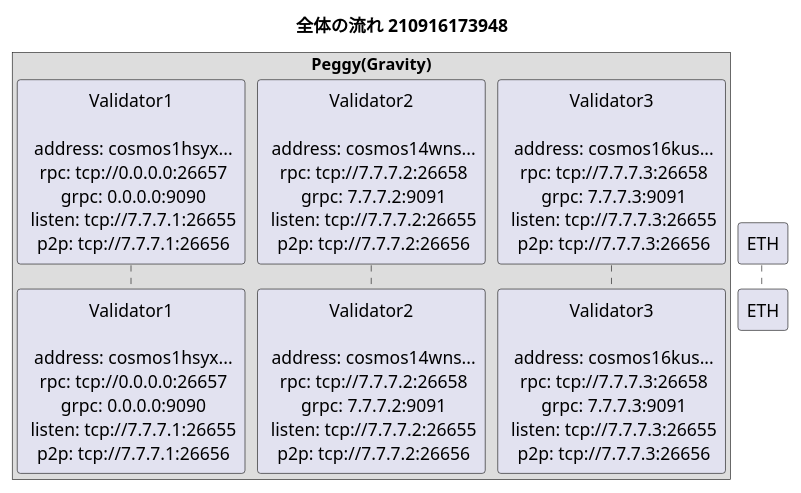
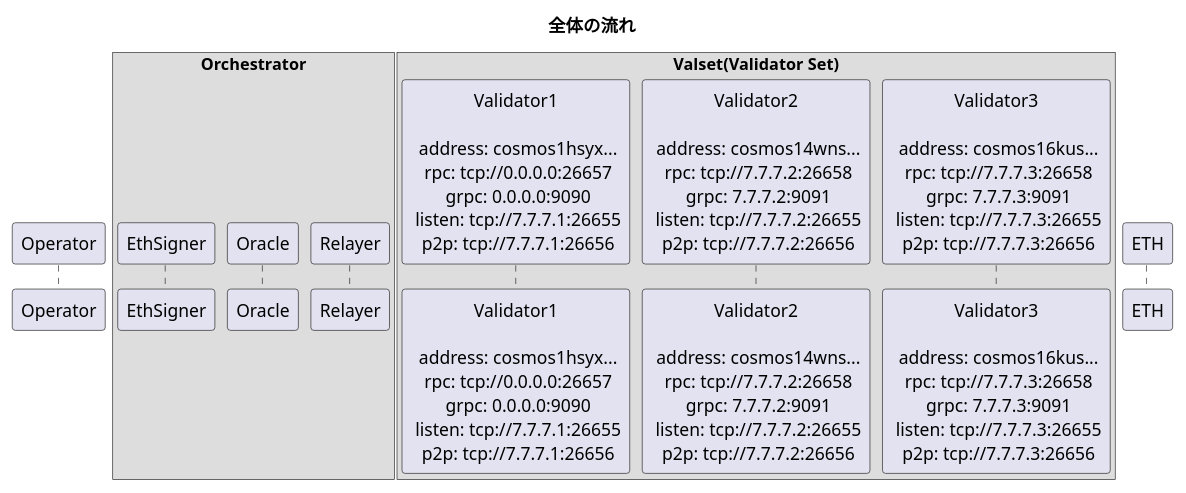
One commit to nkmr-jp/gravity-bridge changed the diagram in inspect/all-up-test-log/inspect.md. Above: the diagram before and after it, drawn with PlantUML. The commit also changed other lines of this file and 1 other file, not shown here.

````diff
--- a/inspect/all-up-test-log/inspect.md
+++ b/inspect/all-up-test-log/inspect.md
@@ -1,11 +3,21 @@
 ```plantuml
-title 全体の流れ 210916173948 
-box Peggy(Gravity)
+
+title 全体の流れ 
+' actor
+participant Operator
+
+box Orchestrator
+    participant EthSigner
+    participant Oracle
+    participant Relayer
+end box
+
+box Valset(Validator Set)
     participant Validator1 as "Validator1\n\n address: cosmos1hsyx...\n rpc: tcp://0.0.0.0:26657\n grpc: 0.0.0.0:9090\n listen: tcp://7.7.7.1:26655\n p2p: tcp://7.7.7.1:26656"
     participant Validator2 as "Validator2\n\n address: cosmos14wns...\n rpc: tcp://7.7.7.2:26658\n grpc: 7.7.7.2:9091\n listen: tcp://7.7.7.2:26655\n p2p: tcp://7.7.7.2:26656"
     participant Validator3 as "Validator3\n\n address: cosmos16kus...\n rpc: tcp://7.7.7.3:26658\n grpc: 7.7.7.3:9091\n listen: tcp://7.7.7.3:26655\n p2p: tcp://7.7.7.3:26656"
 end box
 
 participant ETH as "ETH"
 
 ```
````
